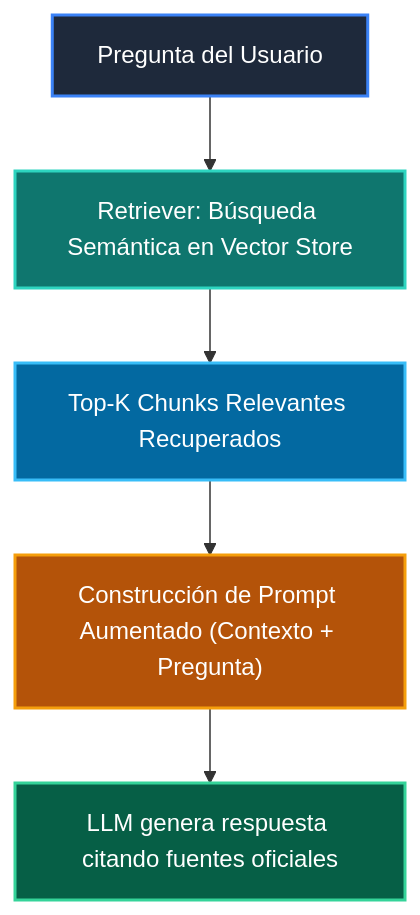
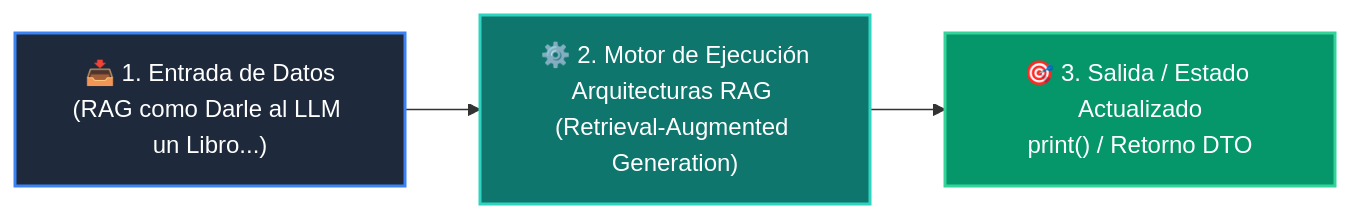
One commit to wisrovi/wisrovi-python changed the diagram in 03-agentes-ia/clase-06-arquitecturas-rag/README.md. Above: the diagram before and after it, drawn with Mermaid. The commit also changed other lines of this file and 54 other files, not shown here.

Commit message:
refactor: clean repository root by moving maintenance scripts to scripts/ and restore rich high-contrast Mermaid diagrams for all classes and examples

````diff
--- a/03-agentes-ia/clase-06-arquitecturas-rag/README.md
+++ b/03-agentes-ia/clase-06-arquitecturas-rag/README.md
@@ -12,13 +12,9 @@
 ```mermaid
-flowchart TD
-    Q["Pregunta del Usuario"] --> RET["Retriever: Búsqueda Semántica en Vector Store"]
-    RET --> CHK["Top-K Chunks Relevantes Recuperados"]
-    CHK --> PROMPT["Construcción de Prompt Aumentado (Contexto + Pregunta)"]
-    PROMPT --> LLM["LLM genera respuesta citando fuentes oficiales"]
+flowchart LR
+    A["📥 1. Entrada de Datos<br/>(RAG como Darle al LLM un Libro...)"] --> B["⚙️ 2. Motor de Ejecución<br/>Arquitecturas RAG (Retrieval-Augmented Generation)"]
+    B --> C["🎯 3. Salida / Estado Actualizado<br/>print() / Retorno DTO"]
 
-    style Q fill:#1e293b,color:#fff,stroke:#3b82f6,stroke-width:2px
-    style RET fill:#0f766e,color:#fff,stroke:#2dd4bf,stroke-width:2px
-    style CHK fill:#0369a1,color:#fff,stroke:#38bdf8,stroke-width:2px
-    style PROMPT fill:#b45309,color:#fff,stroke:#f59e0b,stroke-width:2px
-    style LLM fill:#065f46,color:#fff,stroke:#34d399,stroke-width:2px
+    style A fill:#1e293b,color:#ffffff,stroke:#3b82f6,stroke-width:2px
+    style B fill:#0f766e,color:#ffffff,stroke:#2dd4bf,stroke-width:2px
+    style C fill:#059669,color:#ffffff,stroke:#34d399,stroke-width:2px
 ```
````
